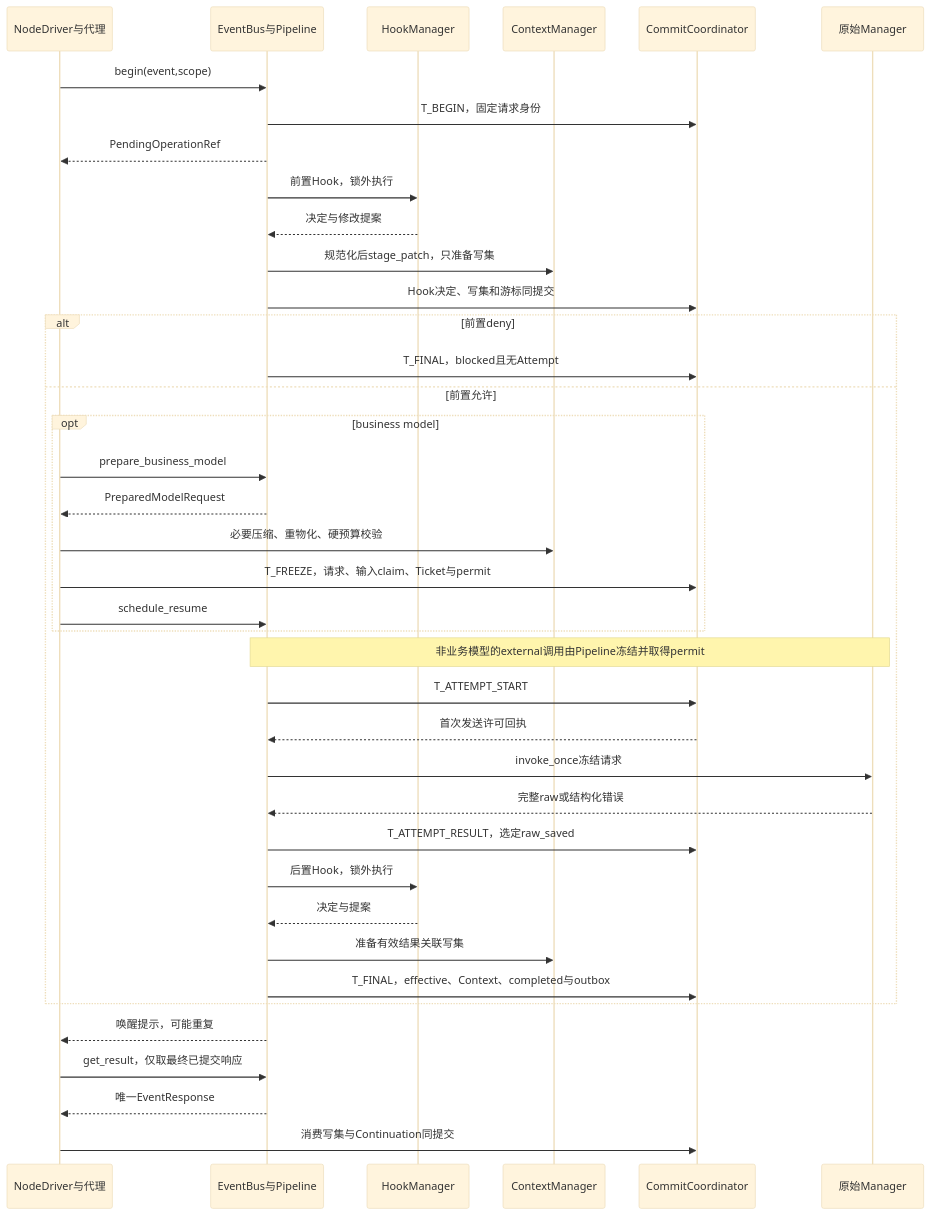
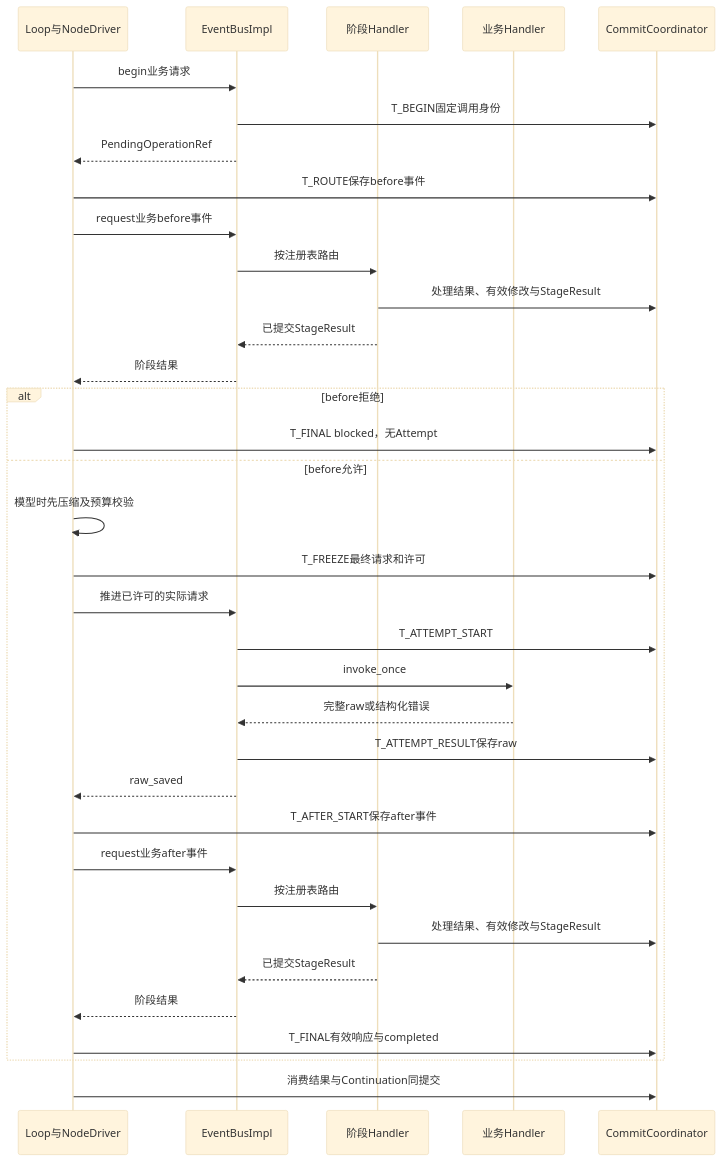
One commit to dujian0068/agent-loom changed the diagram in docs/sdk/event-bus.md. Above: the diagram before and after it, drawn with Mermaid (base theme). The commit also changed other lines of this file and 15 other files, not shown here.

````diff
--- a/docs/sdk/event-bus.md
+++ b/docs/sdk/event-bus.md
@@ -562,41 +641,37 @@
 ```mermaid
 sequenceDiagram
-    participant D as NodeDriver与代理
-    participant B as EventBus与Pipeline
-    participant H as HookManager
-    participant X as ContextManager
+    participant D as Loop与NodeDriver
+    participant B as EventBusImpl
+    participant H as 阶段Handler
+    participant M as 业务Handler
     participant C as CommitCoordinator
-    participant M as 原始Manager
-    D->>B: begin(event,scope)
-    B->>C: T_BEGIN，固定请求身份
+    D->>B: begin业务请求
+    B->>C: T_BEGIN固定调用身份
     B-->>D: PendingOperationRef
-    B->>H: 前置Hook，锁外执行
-    H-->>B: 决定与修改提案
-    B->>X: 规范化后stage_patch，只准备写集
-    B->>C: Hook决定、写集和游标同提交
-    alt 前置deny
-      B->>C: T_FINAL，blocked且无Attempt
-    else 前置允许
-      opt business model
-        D->>B: prepare_business_model
-        B-->>D: PreparedModelRequest
-        D->>X: 必要压缩、重物化、硬预算校验
-        D->>C: T_FREEZE，请求、输入claim、Ticket与permit
-        D->>B: schedule_resume
-      end
-      Note over B,M: 非业务模型的external调用由Pipeline冻结并取得permit
-      B->>C: T_ATTEMPT_START
-      C-->>B: 首次发送许可回执
-      B->>M: invoke_once冻结请求
-      M-->>B: 完整raw或结构化错误
-      B->>C: T_ATTEMPT_RESULT，选定raw_saved
-      B->>H: 后置Hook，锁外执行
-      H-->>B: 决定与提案
-      B->>X: 准备有效结果关联写集
-      B->>C: T_FINAL，effective、Context、completed与outbox
+    D->>C: T_ROUTE保存before事件
+    D->>B: request业务before事件
+    B->>H: 按注册表路由
+    H->>C: 处理结果、有效修改与StageResult
+    H-->>B: 已提交StageResult
+    B-->>D: 阶段结果
+    alt before拒绝
+        D->>C: T_FINAL blocked，无Attempt
+    else before允许
+        D->>D: 模型时先压缩及预算校验
+        D->>C: T_FREEZE最终请求和许可
+        D->>B: 推进已许可的实际请求
+        B->>C: T_ATTEMPT_START
+        B->>M: invoke_once
+        M-->>B: 完整raw或结构化错误
+        B->>C: T_ATTEMPT_RESULT保存raw
+        B-->>D: raw_saved
+        D->>C: T_AFTER_START保存after事件
+        D->>B: request业务after事件
+        B->>H: 按注册表路由
+        H->>C: 处理结果、有效修改与StageResult
+        H-->>B: 已提交StageResult
+        B-->>D: 阶段结果
+        D->>C: T_FINAL有效响应与completed
     end
-    B-->>D: 唤醒提示，可能重复
-    D->>B: get_result，仅取最终已提交响应
-    B-->>D: 唯一EventResponse
-    D->>C: 消费写集与Continuation同提交
+    D->>C: 消费结果与Continuation同提交
 ```
````
